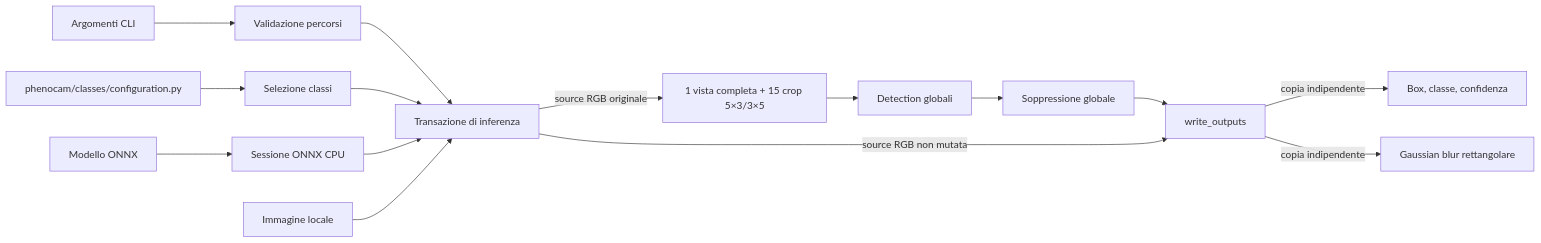
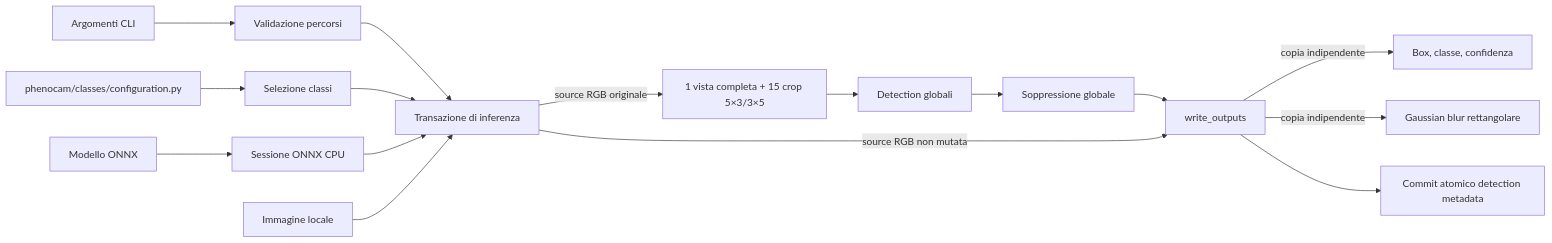
The first of 2 diagrams in docs/architettura.md (e-tufarini-terrasystem/phenocam-vision-edge), drawn with Mermaid before and after one commit. The commit also changed other lines of this file and 4 other files, not shown here.

First line of the commit message:
docs(metadata): describe detection result transactions

````diff
--- a/docs/architettura.md
+++ b/docs/architettura.md
@@ -16,17 +17,18 @@
 ```mermaid
 flowchart LR
     CLI[Argomenti CLI] --> Validazione[Validazione percorsi]
     Config[phenocam/classes/configuration.py] --> Selezione[Selezione classi]
     Modello[Modello ONNX] --> Sessione[Sessione ONNX CPU]
     Validazione --> Coordinamento[Transazione di inferenza]
     Selezione --> Coordinamento
     Sessione --> Coordinamento
     Immagine[Immagine locale] --> Coordinamento
     Coordinamento -->|source RGB originale| Viste[1 vista completa + 15 crop 5×3/3×5]
     Viste --> Detection[Detection globali]
     Detection --> NMS[Soppressione globale]
     NMS --> Output[write_outputs]
     Coordinamento -->|source RGB non mutata| Output
     Output -->|copia indipendente| Annotato[Box, classe, confidenza]
     Output -->|copia indipendente| Privacy[Gaussian blur rettangolare]
+    Output --> Metadata[Commit atomico detection metadata]
 ```
````
